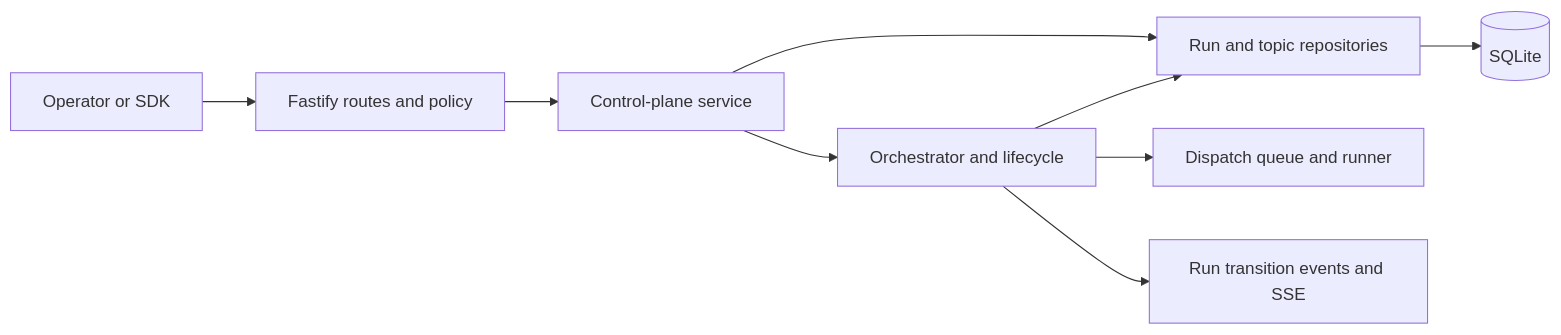
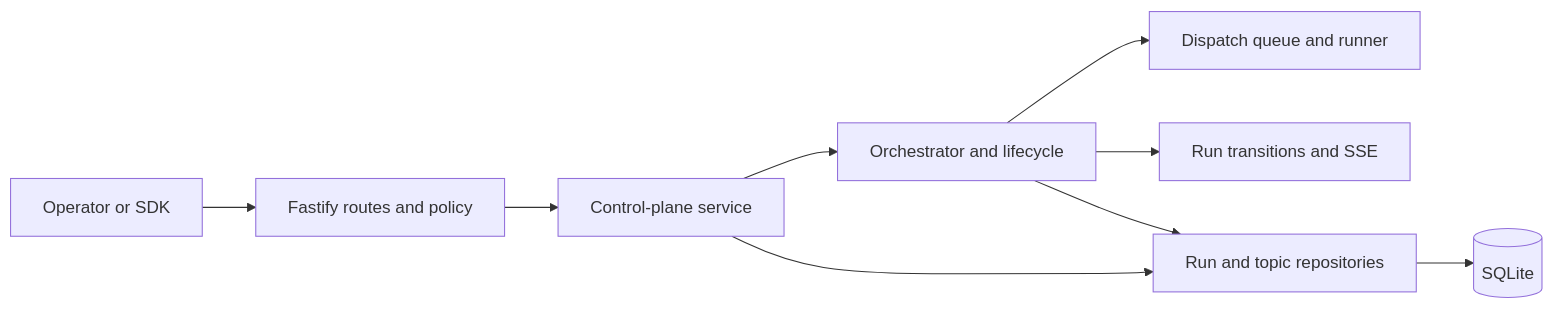
Before and after one commit to markdstafford/autocatalyst: the second of 3 diagrams in context-human/specs/feature-run-operator-actions.md, drawn with Mermaid. The commit also changed other lines of this file, not shown here.

Commit message:
docs: revise feature spec run-operator-actions

````diff
--- a/context-human/specs/feature-run-operator-actions.md
+++ b/context-human/specs/feature-run-operator-actions.md
@@ -107,10 +110,11 @@
 ```mermaid
 flowchart LR
     A[Operator or SDK] --> B[Fastify routes and policy]
     B --> C[Control-plane service]
     C --> D[Orchestrator and lifecycle]
-    C --> E[Run and topic repositories]
-    D --> E --> F[(SQLite)]
-    D --> G[Dispatch queue and runner]
-    D --> H[Run transition events and SSE]
+    D --> Q[Dispatch queue and runner]
+    D --> E[Run transitions and SSE]
+    C --> R[Run and topic repositories]
+    D --> R
+    R --> S[(SQLite)]
 ```
````
